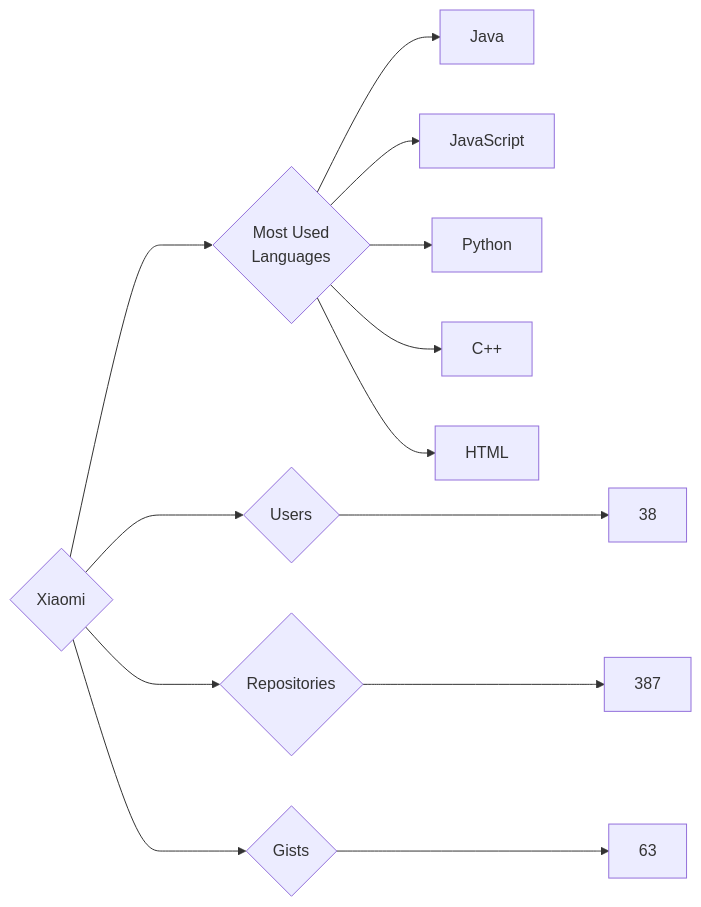
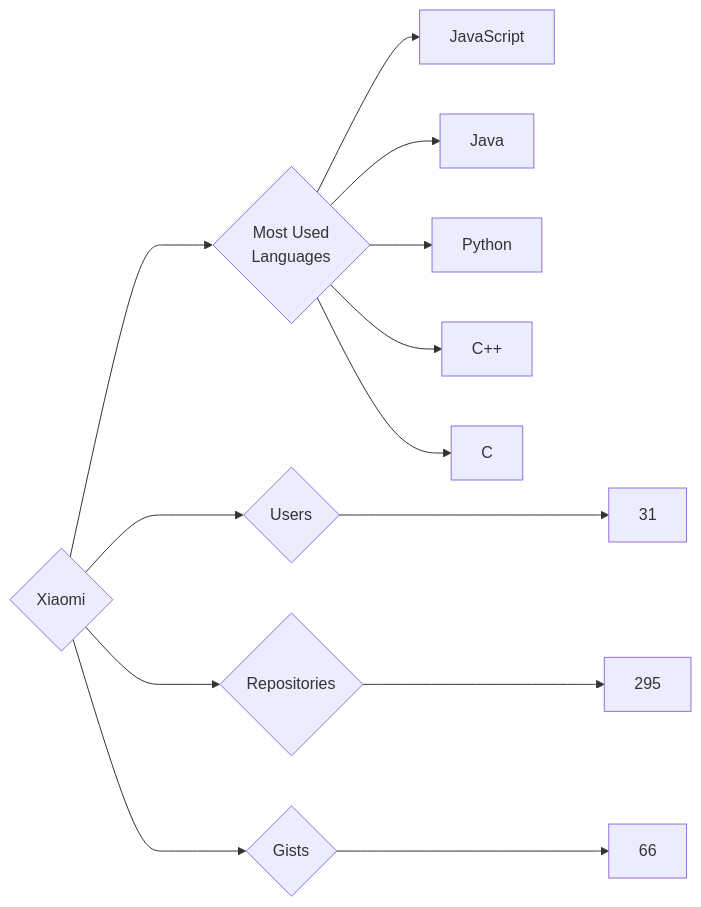
One commit to trickest/insiders changed the diagram in targets/Xiaomi/README.md. Above: the diagram before and after it, drawn with Mermaid. The commit also changed 1484 other files, not shown here.

````diff
--- a/targets/Xiaomi/README.md
+++ b/targets/Xiaomi/README.md
@@ -3,13 +3,13 @@
 ```mermaid
 graph LR
 COMPANY_NAME{Xiaomi}
-COMPANY_NAME ---> U{Users} ---> UN[38]
-COMPANY_NAME ---> R{Repositories} ---> RN[387]
-COMPANY_NAME ---> G{Gists} ---> GN[63]
+COMPANY_NAME ---> U{Users} ---> UN[31]
+COMPANY_NAME ---> R{Repositories} ---> RN[295]
+COMPANY_NAME ---> G{Gists} ---> GN[66]
 COMPANY_NAME ---> ML{Most Used<br>Languages}
+ML --> JavaScript[JavaScript]
 ML --> Java[Java]
-ML --> JavaScript[JavaScript]
 ML --> Python[Python]
 ML --> C++[C++]
-ML --> HTML[HTML]
+ML --> C[C]
 ```
````
